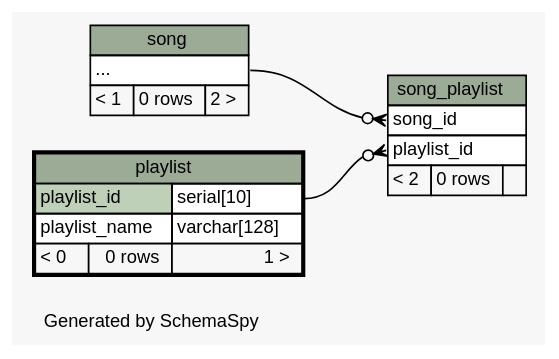
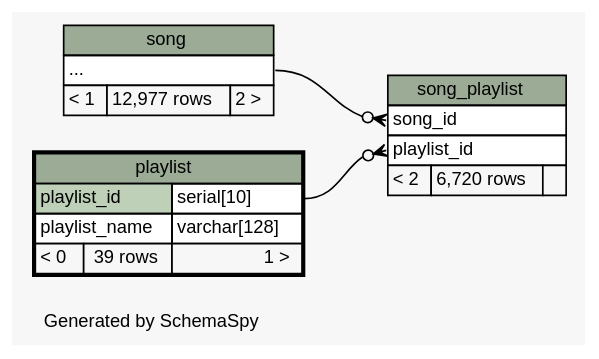
Before and after one commit to biodavidjm/garbage-code: the diagram in database/see_djmusic/diagrams/playlist.2degrees.dot, drawn with Graphviz. The commit also changed 155 other files, not shown here.

First line of the commit message:
New Schema View of the last djmusic version

```diff
--- a/database/see_djmusic/diagrams/playlist.2degrees.dot
+++ b/database/see_djmusic/diagrams/playlist.2degrees.dot
@@ -1,56 +1,56 @@
-// dot 2.38.0 on Mac OS X 10.9.3
+// dot 2.38.0 on Mac OS X 10.9.4
 // SchemaSpy rev 590
 digraph "twoDegreesRelationshipsDiagram" {
   graph [
     rankdir="RL"
     bgcolor="#f7f7f7"
     label="\nGenerated by SchemaSpy"
     labeljust="l"
     nodesep="0.18"
     ranksep="0.46"
     fontname="Helvetica"
     fontsize="11"
   ];
   node [
     fontname="Helvetica"
     fontsize="11"
     shape="plaintext"
   ];
   edge [
     arrowsize="0.8"
   ];
   "song_playlist":"playlist_id":w -> "playlist":"playlist_id.type":e [arrowhead=none dir=back arrowtail=crowodot];
   "song_playlist":"song_id":w -> "song":"elipses":e [arrowhead=none dir=back arrowtail=crowodot];
   "playlist" [
     label=<
     <TABLE BORDER="2" CELLBORDER="1" CELLSPACING="0" BGCOLOR="#ffffff">
       <TR><TD COLSPAN="3" BGCOLOR="#9bab96" ALIGN="CENTER">playlist</TD></TR>
       <TR><TD PORT="playlist_id" COLSPAN="2" BGCOLOR="#bed1b8" ALIGN="LEFT">playlist_id</TD><TD PORT="playlist_id.type" ALIGN="LEFT">serial[10]</TD></TR>
       <TR><TD PORT="playlist_name" COLSPAN="2" ALIGN="LEFT">playlist_name</TD><TD PORT="playlist_name.type" ALIGN="LEFT">varchar[128]</TD></TR>
-      <TR><TD ALIGN="LEFT" BGCOLOR="#f7f7f7">&lt; 0</TD><TD ALIGN="RIGHT" BGCOLOR="#f7f7f7">0 rows</TD><TD ALIGN="RIGHT" BGCOLOR="#f7f7f7">1 &gt;</TD></TR>
+      <TR><TD ALIGN="LEFT" BGCOLOR="#f7f7f7">&lt; 0</TD><TD ALIGN="RIGHT" BGCOLOR="#f7f7f7">39 rows</TD><TD ALIGN="RIGHT" BGCOLOR="#f7f7f7">1 &gt;</TD></TR>
     </TABLE>>
     URL="playlist.html"
     tooltip="playlist"
   ];
   "song" [
     label=<
     <TABLE BORDER="0" CELLBORDER="1" CELLSPACING="0" BGCOLOR="#ffffff">
       <TR><TD COLSPAN="3" BGCOLOR="#9bab96" ALIGN="CENTER">song</TD></TR>
       <TR><TD PORT="elipses" COLSPAN="3" ALIGN="LEFT">...</TD></TR>
-      <TR><TD ALIGN="LEFT" BGCOLOR="#f7f7f7">&lt; 1</TD><TD ALIGN="RIGHT" BGCOLOR="#f7f7f7">0 rows</TD><TD ALIGN="RIGHT" BGCOLOR="#f7f7f7">2 &gt;</TD></TR>
+      <TR><TD ALIGN="LEFT" BGCOLOR="#f7f7f7">&lt; 1</TD><TD ALIGN="RIGHT" BGCOLOR="#f7f7f7">12,977 rows</TD><TD ALIGN="RIGHT" BGCOLOR="#f7f7f7">2 &gt;</TD></TR>
     </TABLE>>
     URL="song.html"
     tooltip="song"
   ];
   "song_playlist" [
     label=<
     <TABLE BORDER="0" CELLBORDER="1" CELLSPACING="0" BGCOLOR="#ffffff">
       <TR><TD COLSPAN="3" BGCOLOR="#9bab96" ALIGN="CENTER">song_playlist</TD></TR>
       <TR><TD PORT="song_id" COLSPAN="3" ALIGN="LEFT">song_id</TD></TR>
       <TR><TD PORT="playlist_id" COLSPAN="3" ALIGN="LEFT">playlist_id</TD></TR>
-      <TR><TD ALIGN="LEFT" BGCOLOR="#f7f7f7">&lt; 2</TD><TD ALIGN="RIGHT" BGCOLOR="#f7f7f7">0 rows</TD><TD ALIGN="RIGHT" BGCOLOR="#f7f7f7">  </TD></TR>
+      <TR><TD ALIGN="LEFT" BGCOLOR="#f7f7f7">&lt; 2</TD><TD ALIGN="RIGHT" BGCOLOR="#f7f7f7">6,720 rows</TD><TD ALIGN="RIGHT" BGCOLOR="#f7f7f7">  </TD></TR>
     </TABLE>>
     URL="song_playlist.html"
     tooltip="song_playlist"
   ];
 }
```
